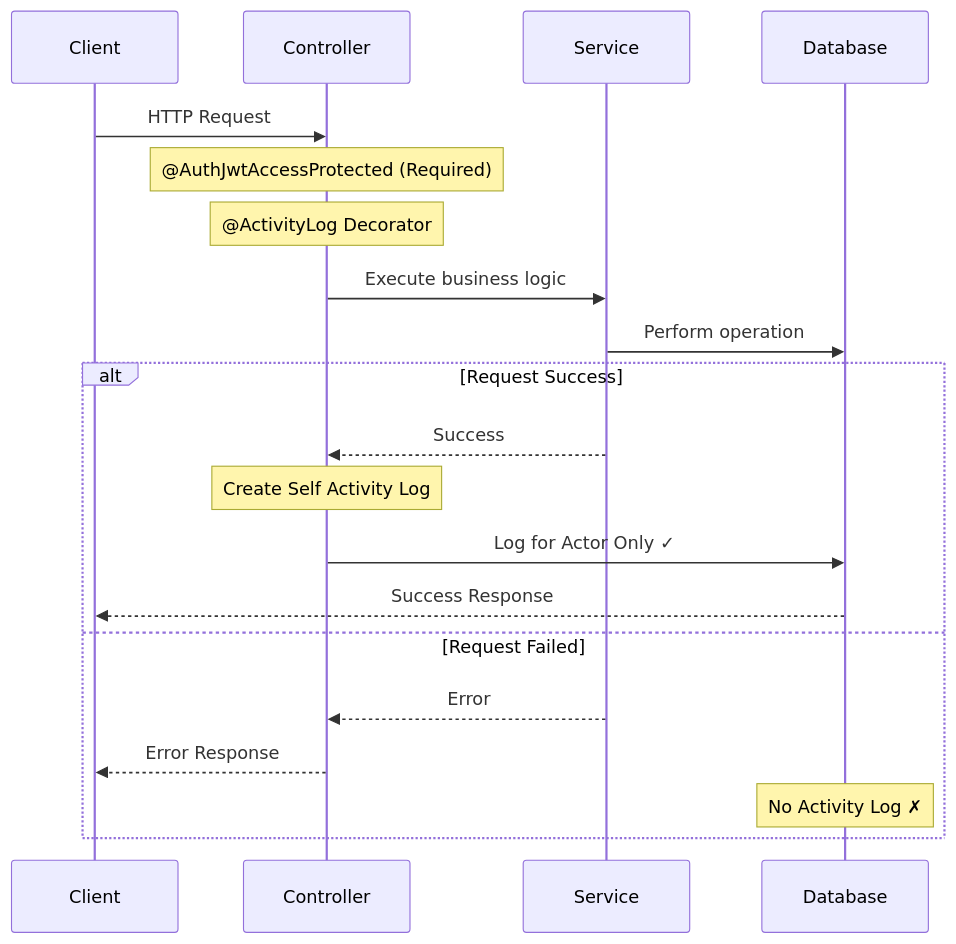
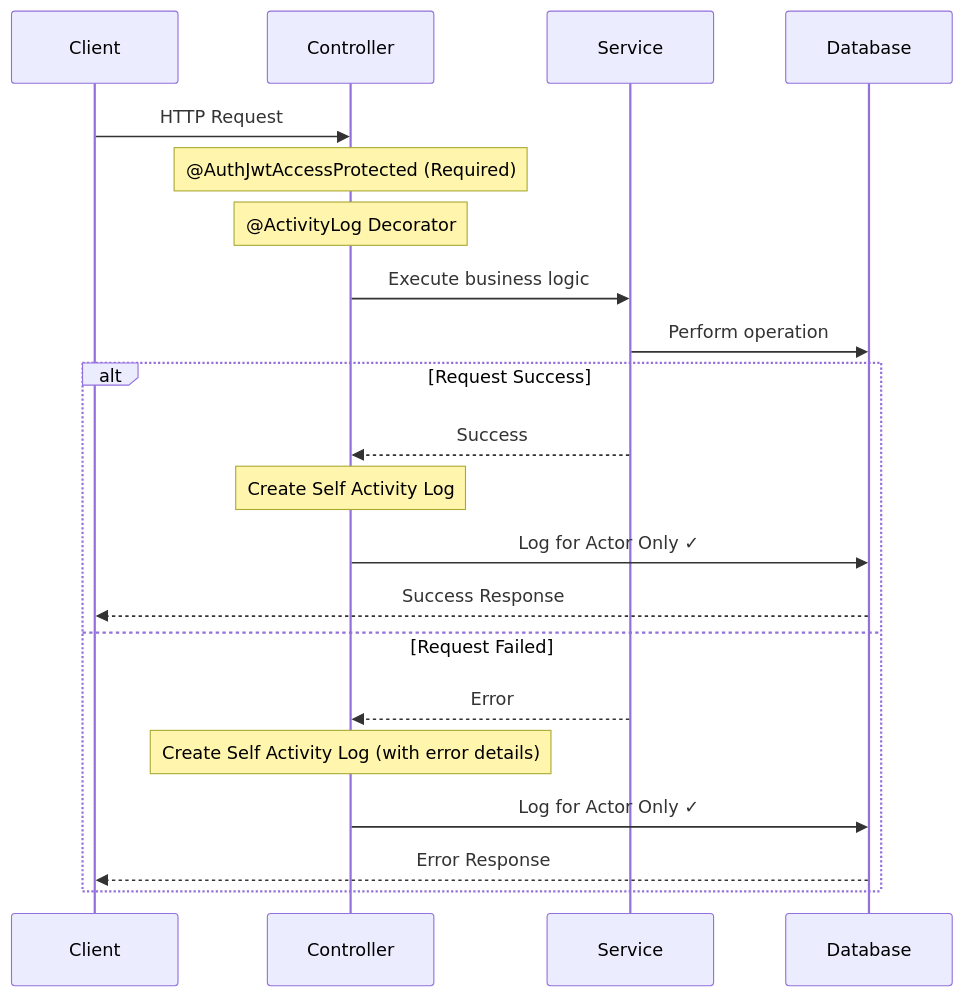
The first of 2 diagrams in docs/activity-log.md (andrechristikan/ack-nestjs-boilerplate), drawn with Mermaid before and after one commit. The commit also changed other lines of this file and 15 other files, not shown here.

````diff
--- a/docs/activity-log.md
+++ b/docs/activity-log.md
@@ -31,24 +32,25 @@
 ```mermaid
 sequenceDiagram
     participant Client
     participant Controller
     participant Service
     participant Database
     
     Client->>Controller: HTTP Request
     Note over Controller: @AuthJwtAccessProtected (Required)
     Note over Controller: @ActivityLog Decorator
     Controller->>Service: Execute business logic
     Service->>Database: Perform operation
     
     alt Request Success
         Service-->>Controller: Success
         Note over Controller: Create Self Activity Log
         Controller->>Database: Log for Actor Only ✓
         Database-->>Client: Success Response
     else Request Failed
         Service-->>Controller: Error
-        Controller-->>Client: Error Response
-        Note over Database: No Activity Log ✗
+        Note over Controller: Create Self Activity Log (with error details)
+        Controller->>Database: Log for Actor Only ✓
+        Database-->>Client: Error Response
     end
 ```
````
